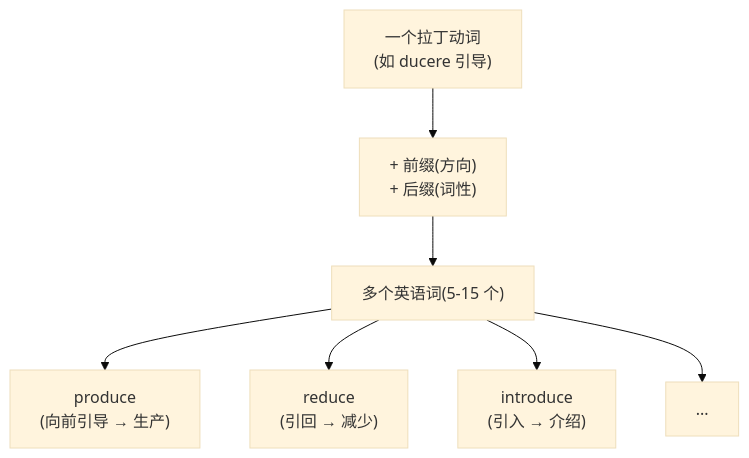
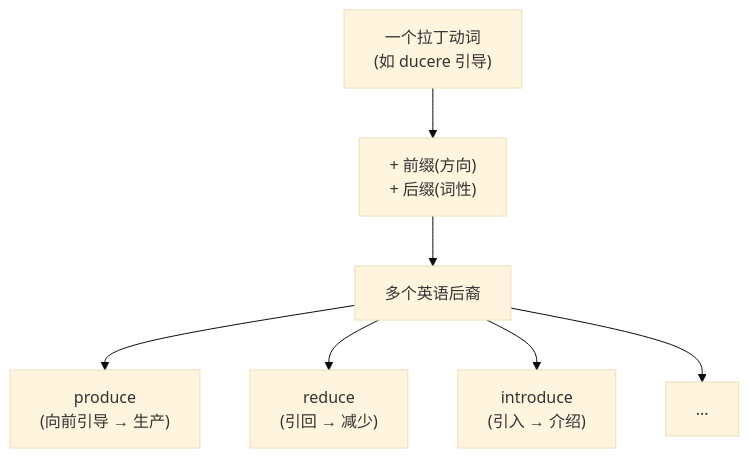
Before and after one commit to swiftczz/roots-affixes-book: the second of 2 diagrams in 02-拉丁之根/第13章-拉丁词根速查补遗.md, drawn with Mermaid (base theme). The commit also changed other lines of this file and 7 other files, not shown here.

````diff
--- a/02-拉丁之根/第13章-拉丁词根速查补遗.md
+++ b/02-拉丁之根/第13章-拉丁词根速查补遗.md
@@ -324,15 +327,15 @@
 ```mermaid
 flowchart TD
     verb["一个拉丁动词<br/>(如 ducere 引导)"]
     add["+ 前缀(方向)<br/>+ 后缀(词性)"]
-    eng["多个英语词(5-15 个)"]
+    eng["多个英语后裔"]
     p["produce<br/>(向前引导 → 生产)"]
     r["reduce<br/>(引回 → 减少)"]
     i1["introduce<br/>(引入 → 介绍)"]
     dots["..."]
     verb --> add --> eng
     eng --> p
     eng --> r
     eng --> i1
     eng --> dots
 ```
````
